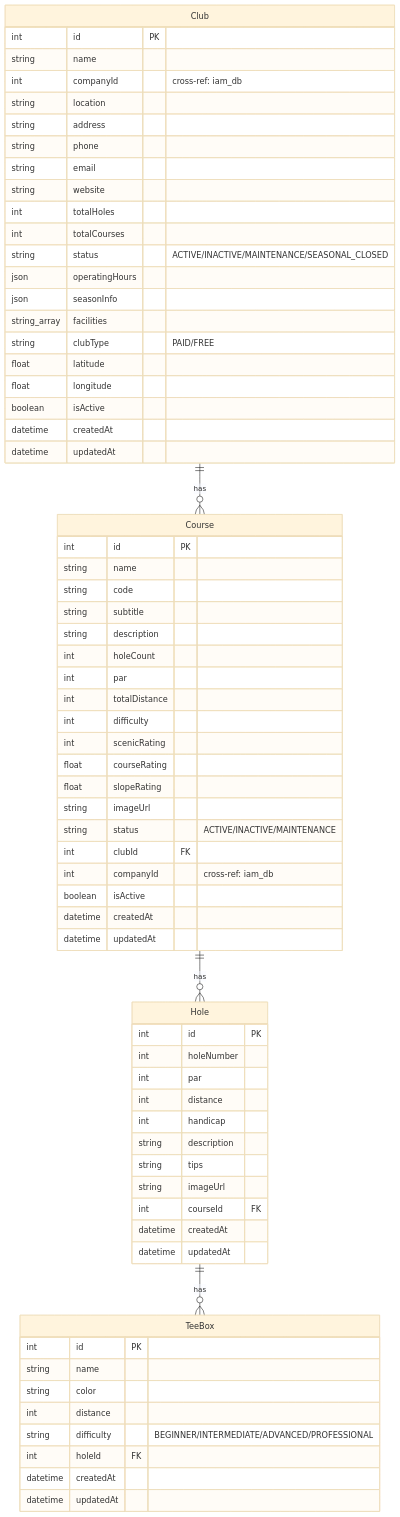
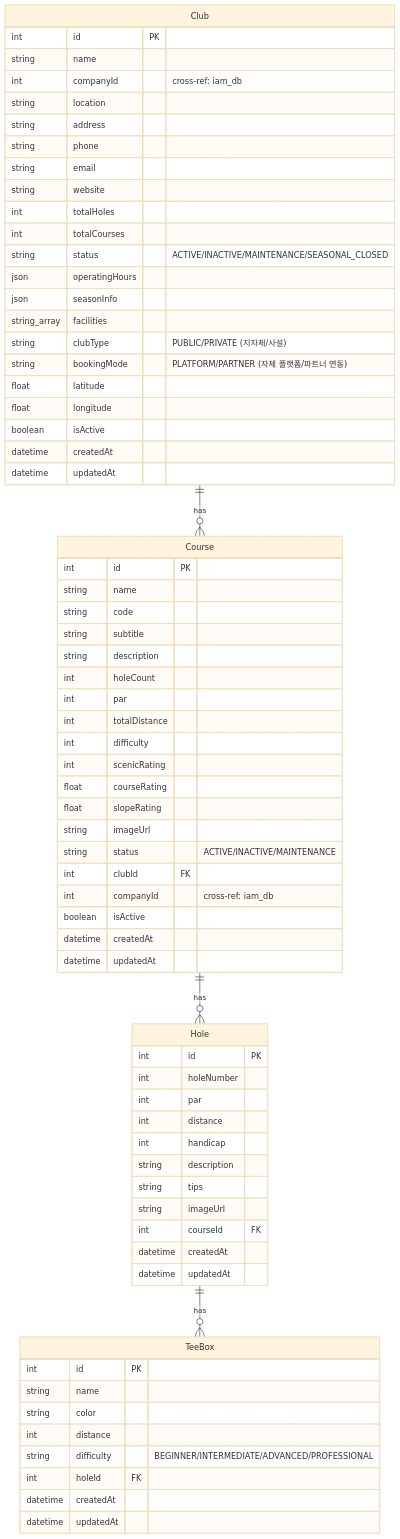
Before and after one commit to uniyous/parkgolf-platform: diagram 11 of 35 in docs/architecture/DATABASE.md, drawn with Mermaid (base theme). The commit also changed other lines of this file and 4 other files, not shown here.

````diff
--- a/docs/architecture/DATABASE.md
+++ b/docs/architecture/DATABASE.md
@@ -463,76 +476,77 @@
 ```mermaid
 erDiagram
     Club ||--o{ Course : "has"
     Course ||--o{ Hole : "has"
     Hole ||--o{ TeeBox : "has"
 
     Club {
         int id PK
         string name
         int companyId "cross-ref: iam_db"
         string location
         string address
         string phone
         string email
         string website
         int totalHoles
         int totalCourses
         string status "ACTIVE/INACTIVE/MAINTENANCE/SEASONAL_CLOSED"
         json operatingHours
         json seasonInfo
         string_array facilities
-        string clubType "PAID/FREE"
+        string clubType "PUBLIC/PRIVATE (지자체/사설)"
+        string bookingMode "PLATFORM/PARTNER (자체 플랫폼/파트너 연동)"
         float latitude
         float longitude
         boolean isActive
         datetime createdAt
         datetime updatedAt
     }
 
     Course {
         int id PK
         string name
         string code
         string subtitle
         string description
         int holeCount
         int par
         int totalDistance
         int difficulty
         int scenicRating
         float courseRating
         float slopeRating
         string imageUrl
         string status "ACTIVE/INACTIVE/MAINTENANCE"
         int clubId FK
         int companyId "cross-ref: iam_db"
         boolean isActive
         datetime createdAt
         datetime updatedAt
     }
 
     Hole {
         int id PK
         int holeNumber
         int par
         int distance
         int handicap
         string description
         string tips
         string imageUrl
         int courseId FK
         datetime createdAt
         datetime updatedAt
     }
 
     TeeBox {
         int id PK
         string name
         string color
         int distance
         string difficulty "BEGINNER/INTERMEDIATE/ADVANCED/PROFESSIONAL"
         int holeId FK
         datetime createdAt
         datetime updatedAt
     }
 ```
````
